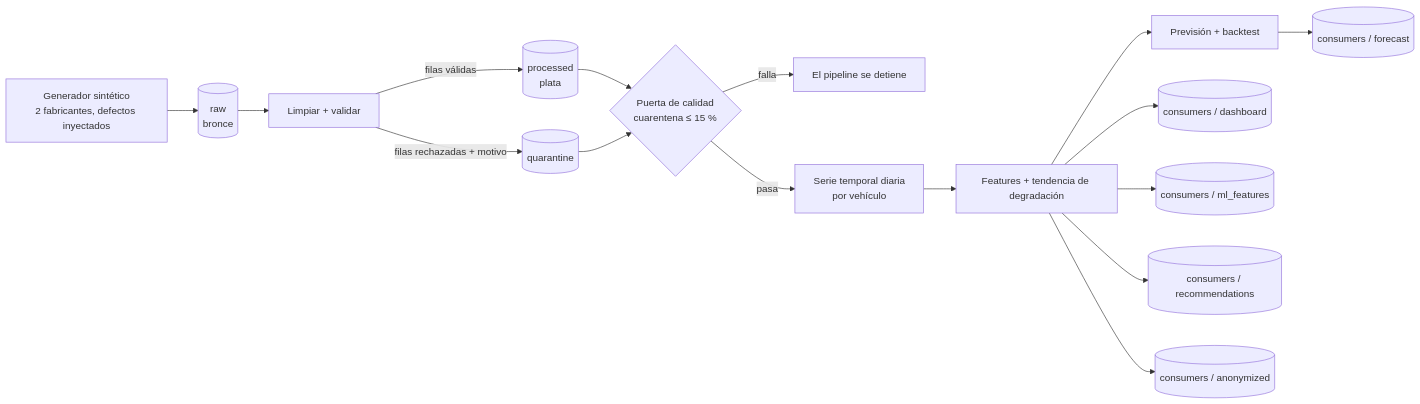
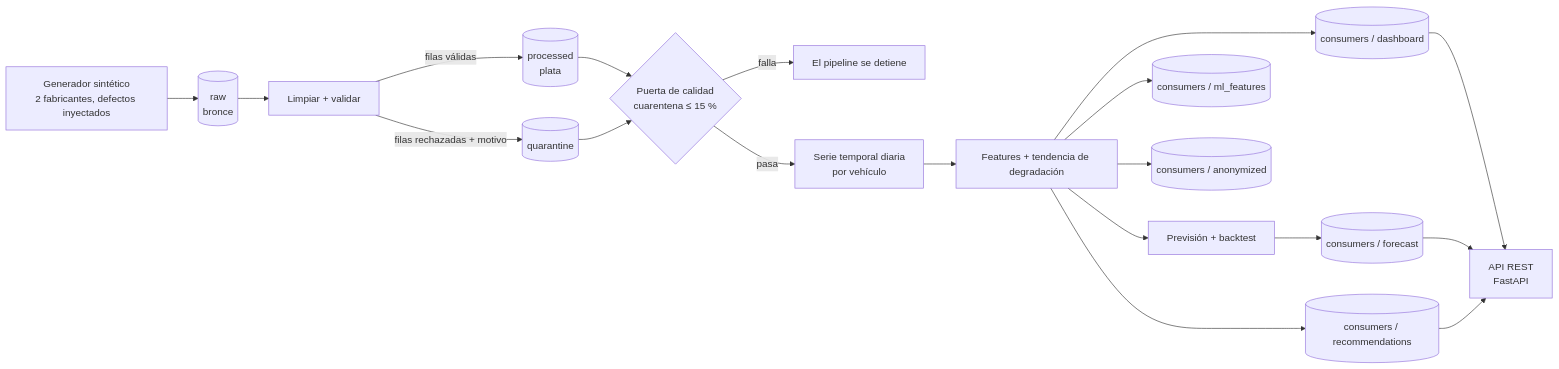
Before and after one commit to RenaAbbasova/battery-data-cleaning: the diagram in README.es.md, drawn with Mermaid. The commit also changed other lines of this file and 7 other files, not shown here.

Commit message:
Add a read-only FastAPI service over the pipeline output

````diff
--- a/README.es.md
+++ b/README.es.md
@@ -22,18 +22,21 @@
 ```mermaid
 flowchart LR
   G["Generador sintético<br/>2 fabricantes, defectos inyectados"] --> R[("raw<br/>bronce")]
   R --> C["Limpiar + validar"]
   C -->|filas válidas| S[("processed<br/>plata")]
   C -->|filas rechazadas + motivo| Q[("quarantine")]
   S --> QG{"Puerta de calidad<br/>cuarentena ≤ 15 %"}
   Q --> QG
   QG -->|falla| X["El pipeline se detiene"]
   QG -->|pasa| T["Serie temporal diaria<br/>por vehículo"]
   T --> F["Features + tendencia de degradación"]
   F --> FC["Previsión + backtest"]
   F --> D[("consumers / dashboard")]
   F --> ML[("consumers / ml_features")]
   F --> RE[("consumers / recommendations")]
   F --> AN[("consumers / anonymized")]
   FC --> FO[("consumers / forecast")]
+  D --> API["API REST<br/>FastAPI"]
+  FO --> API
+  RE --> API
 ```
````
